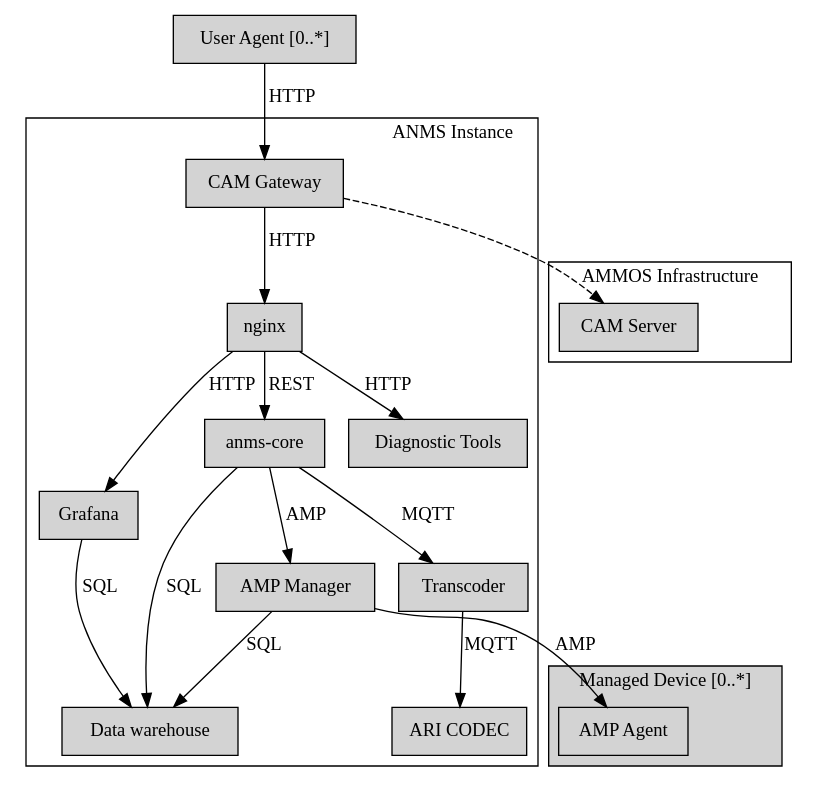
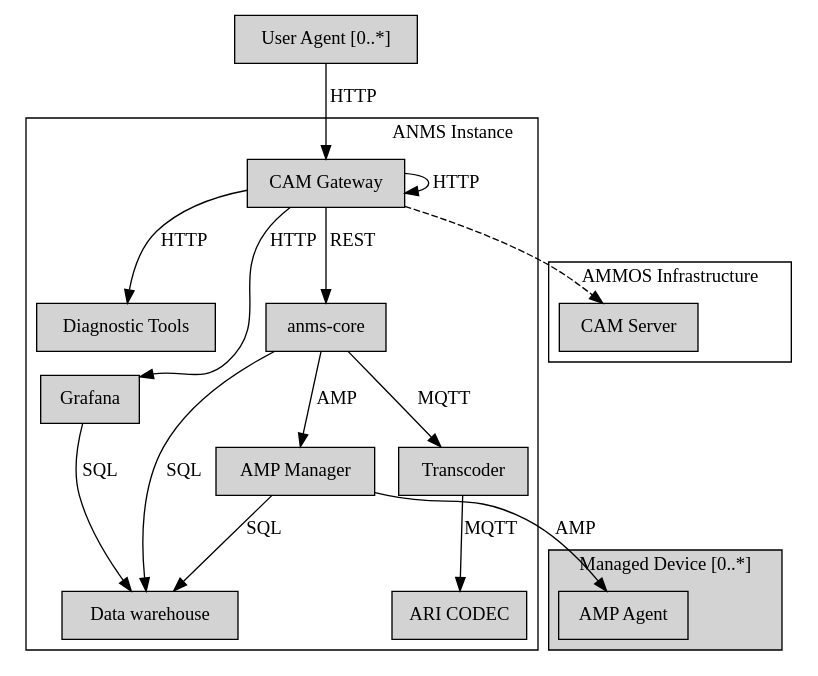
One commit to NASA-AMMOS/anms-docs changed the diagram in product-guide/anms-components-logical.gv. Above: the diagram before and after it, drawn with Graphviz. The commit also changed 3 other files, not shown here.

```diff
--- a/product-guide/anms-components-logical.gv
+++ b/product-guide/anms-components-logical.gv
@@ -1,52 +1,51 @@
 digraph AMMOS {
   node [shape=box,style=filled];
 
   subgraph cluster_ANMS {
     label="ANMS Instance";
     labeljust=r;
 
     authnz [label="CAM Gateway" group=main];
-    authnz -> nginx [label="HTTP"];
+    authnz -> authnz [label="HTTP"];
     
-    nginx [group=main];
     anms_core [label="anms-core" group=main];
     transcoder [label="Transcoder"];
     aricodec [label="ARI CODEC"];
     amp_manager [label="AMP Manager"];
     
-    nginx -> anms_core [label="REST"];
+    authnz -> anms_core [label="REST"];
     anms_core -> dw [label="SQL"];
     anms_core -> amp_manager [label="AMP"];
     anms_core -> transcoder -> aricodec [label="MQTT"];
 
     grafana [label="Grafana"];
-    nginx -> grafana [label="HTTP"];
+    authnz -> grafana [label="HTTP"];
 
     diagnostic [label="Diagnostic Tools"];
-    nginx -> diagnostic [label="HTTP"];
+    authnz -> diagnostic [label="HTTP"];
 
     dw [label="Data warehouse"];
     amp_manager -> dw [label="SQL"];
     grafana -> dw [label="SQL"];
   }
 
   subgraph cluster_infra {
     label="AMMOS Infrastructure";
     labeljust=r;
 
     cam_server [label="CAM Server"];
   }
   authnz -> cam_server [style=dashed];
 
   user [label="User Agent [0..*]"];
   user -> authnz [label="HTTP"];
 
   subgraph cluster_agents {
     label="Managed Device [0..*]";
     labeljust=r;
     style=filled;
 
     amp_agent [label="AMP Agent"];
     amp_manager -> amp_agent [label="AMP"];
   }
 }
```
